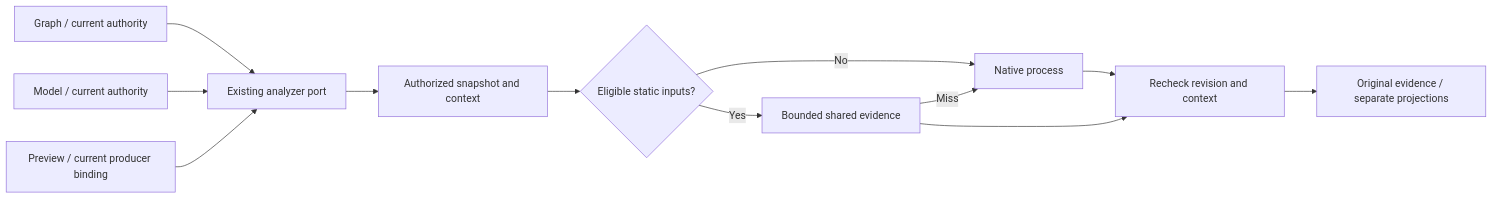
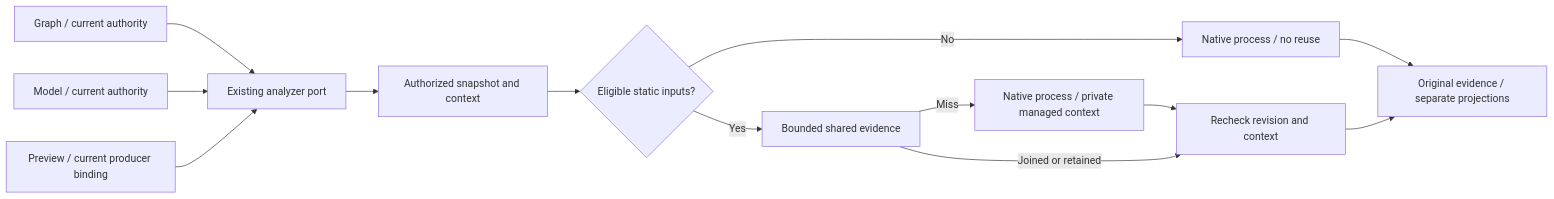
Before and after one commit to dunay2/dvt: the first of 2 diagrams in docs/architecture/components/api/dbt-project-analysis-component.md, drawn with Mermaid. The commit also changed other lines of this file and 16 other files, not shown here.

First line of the commit message:
feat(api): Bind native dbt compilation to target context (#3875)

````diff
--- a/docs/architecture/components/api/dbt-project-analysis-component.md
+++ b/docs/architecture/components/api/dbt-project-analysis-component.md
@@ -38,14 +46,15 @@
 ```mermaid
 flowchart LR
   G[Graph / current authority] --> A[Existing analyzer port]
   M[Model / current authority] --> A
   P[Preview / current producer binding] --> A
   A --> S[Authorized snapshot and context]
   S --> E{Eligible static inputs?}
-  E -->|No| N[Native process]
+  E -->|No| B[Native process / no reuse]
+  B --> O[Original evidence / separate projections]
   E -->|Yes| R[Bounded shared evidence]
-  R -->|Miss| N
+  R -->|Miss| N[Native process / private managed context]
   N --> V[Recheck revision and context]
-  R --> V
-  V --> O[Original evidence / separate projections]
+  R -->|Joined or retained| V
+  V --> O
 ```
````
